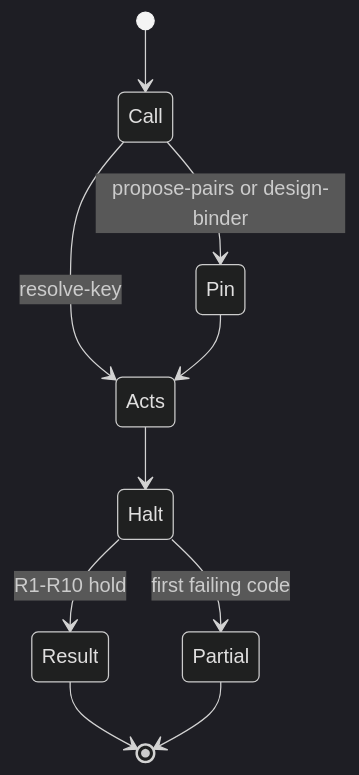
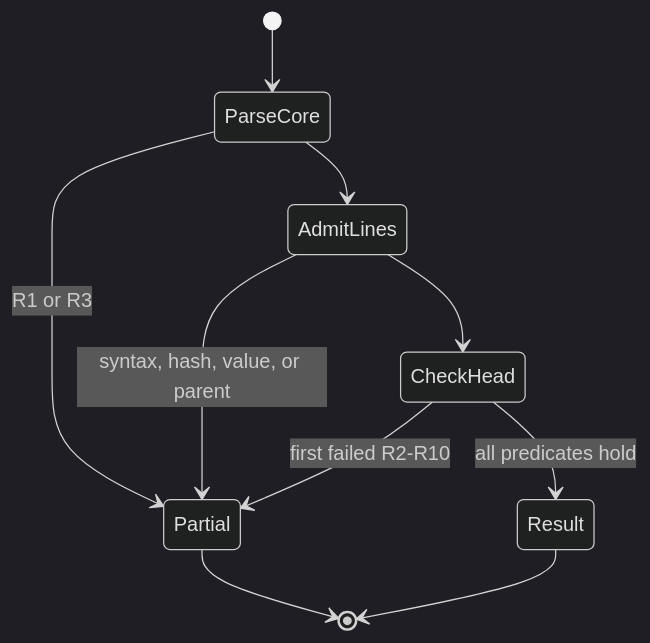
One commit to wetware-hq/catalog changed the diagram in systems/record-traces.md. Above: the diagram before and after it, drawn with Mermaid (dark theme). The commit also changed other lines of this file and 10 other files, not shown here.

````diff
--- a/systems/record-traces.md
+++ b/systems/record-traces.md
@@ -62,12 +74,12 @@
 ```mermaid
 stateDiagram-v2
-[*] --> Call
-Call --> Pin: propose-pairs or design-binder
-Call --> Acts: resolve-key
-Pin --> Acts
-Acts --> Halt
-Halt --> Result: R1-R10 hold
-Halt --> Partial: first failing code
-Result --> [*]
-Partial --> [*]
+    [*] --> ParseCore
+    ParseCore --> Partial: R1 or R3
+    ParseCore --> AdmitLines
+    AdmitLines --> Partial: syntax, hash, value, or parent
+    AdmitLines --> CheckHead
+    CheckHead --> Partial: first failed R2-R10
+    CheckHead --> Result: all predicates hold
+    Result --> [*]
+    Partial --> [*]
 ```
````
